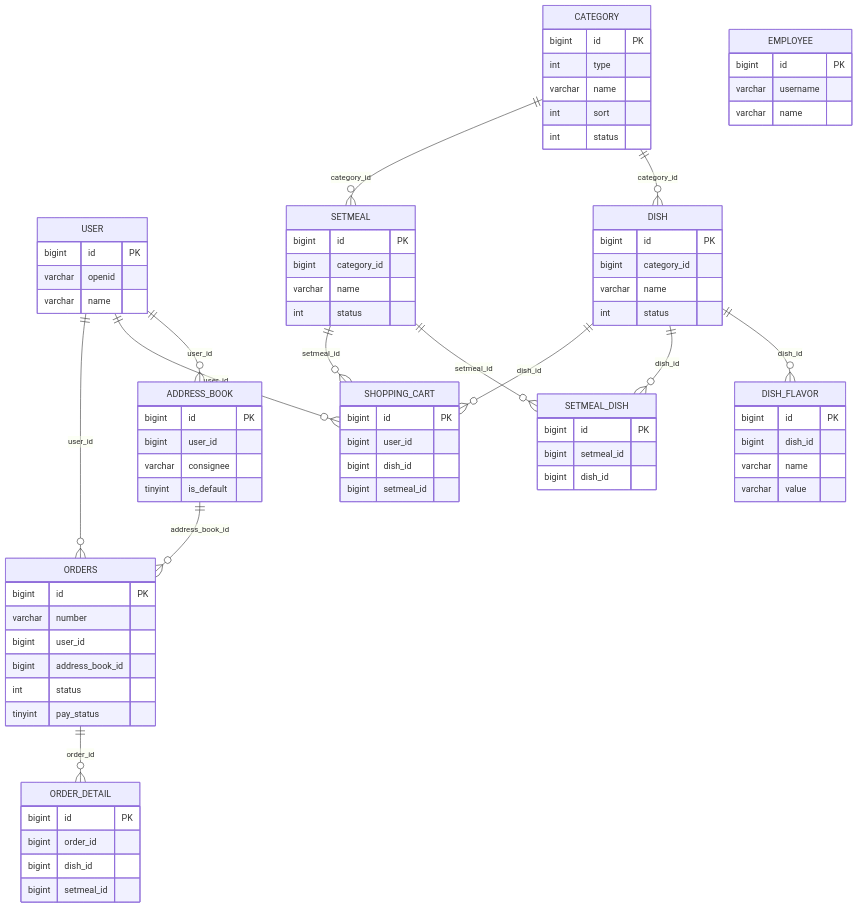
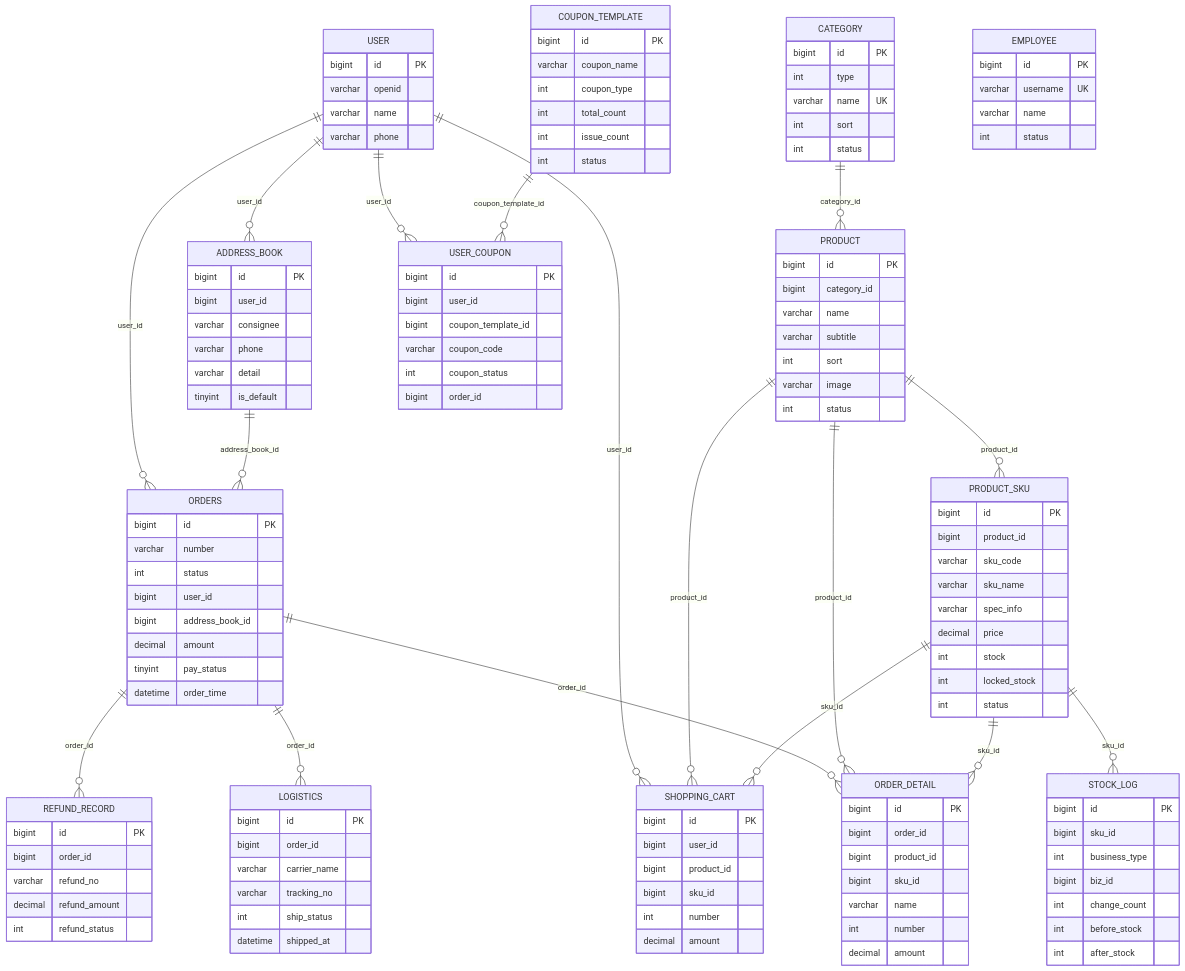
One commit to augrottooo/farm_shop changed the diagram in docs/数据库设计.md. Above: the diagram before and after it, drawn with Mermaid. The commit also changed other lines of this file and 4 other files, not shown here.

Commit message:
更新产品总介绍、核心流程图、界面接口映射、数据库设计、支付链路说明

````diff
--- a/docs/数据库设计.md
+++ b/docs/数据库设计.md
@@ -27,79 +60,131 @@
     USER ||--o{ SHOPPING_CART : user_id
     USER ||--o{ ORDERS : user_id
     ADDRESS_BOOK ||--o{ ORDERS : address_book_id
-    CATEGORY ||--o{ DISH : category_id
-    CATEGORY ||--o{ SETMEAL : category_id
-    DISH ||--o{ DISH_FLAVOR : dish_id
-    DISH ||--o{ SETMEAL_DISH : dish_id
-    SETMEAL ||--o{ SETMEAL_DISH : setmeal_id
+    CATEGORY ||--o{ PRODUCT : category_id
+    PRODUCT ||--o{ PRODUCT_SKU : product_id
+    PRODUCT ||--o{ SHOPPING_CART : product_id
+    PRODUCT_SKU ||--o{ SHOPPING_CART : sku_id
     ORDERS ||--o{ ORDER_DETAIL : order_id
-    DISH ||--o{ SHOPPING_CART : dish_id
-    SETMEAL ||--o{ SHOPPING_CART : setmeal_id
+    PRODUCT ||--o{ ORDER_DETAIL : product_id
+    PRODUCT_SKU ||--o{ ORDER_DETAIL : sku_id
+    PRODUCT_SKU ||--o{ STOCK_LOG : sku_id
+    ORDERS ||--o{ LOGISTICS : order_id
+    ORDERS ||--o{ REFUND_RECORD : order_id
+    USER ||--o{ USER_COUPON : user_id
+    COUPON_TEMPLATE ||--o{ USER_COUPON : coupon_template_id
 
+    EMPLOYEE {
+        bigint id PK
+        varchar username UK
+        varchar name
+        int status
+    }
     USER {
         bigint id PK
         varchar openid
         varchar name
-    }
-    EMPLOYEE {
-        bigint id PK
-        varchar username
-        varchar name
+        varchar phone
     }
     CATEGORY {
         bigint id PK
         int type
-        varchar name
+        varchar name UK
         int sort
         int status
     }
-    DISH {
+    PRODUCT {
         bigint id PK
         bigint category_id
         varchar name
+        varchar subtitle
+        int sort
+        varchar image
         int status
     }
-    DISH_FLAVOR {
+    PRODUCT_SKU {
         bigint id PK
-        bigint dish_id
-        varchar name
-        varchar value
-    }
-    SETMEAL {
-        bigint id PK
-        bigint category_id
-        varchar name
+        bigint product_id
+        varchar sku_code
+        varchar sku_name
+        varchar spec_info
+        decimal price
+        int stock
+        int locked_stock
         int status
-    }
-    SETMEAL_DISH {
-        bigint id PK
-        bigint setmeal_id
-        bigint dish_id
     }
     SHOPPING_CART {
         bigint id PK
         bigint user_id
-        bigint dish_id
-        bigint setmeal_id
+        bigint product_id
+        bigint sku_id
+        int number
+        decimal amount
     }
     ADDRESS_BOOK {
         bigint id PK
         bigint user_id
         varchar consignee
+        varchar phone
+        varchar detail
         tinyint is_default
     }
     ORDERS {
         bigint id PK
         varchar number
+        int status
         bigint user_id
         bigint address_book_id
-        int status
+        decimal amount
         tinyint pay_status
+        datetime order_time
     }
     ORDER_DETAIL {
         bigint id PK
         bigint order_id
-        bigint dish_id
-        bigint setmeal_id
+        bigint product_id
+        bigint sku_id
+        varchar name
+        int number
+        decimal amount
+    }
+    STOCK_LOG {
+        bigint id PK
+        bigint sku_id
+        int business_type
+        bigint biz_id
+        int change_count
+        int before_stock
+        int after_stock
+    }
+    LOGISTICS {
+        bigint id PK
+        bigint order_id
+        varchar carrier_name
+        varchar tracking_no
+        int ship_status
+        datetime shipped_at
+    }
+    COUPON_TEMPLATE {
+        bigint id PK
+        varchar coupon_name
+        int coupon_type
+        int total_count
+        int issue_count
+        int status
+    }
+    USER_COUPON {
+        bigint id PK
+        bigint user_id
+        bigint coupon_template_id
+        varchar coupon_code
+        int coupon_status
+        bigint order_id
+    }
+    REFUND_RECORD {
+        bigint id PK
+        bigint order_id
+        varchar refund_no
+        decimal refund_amount
+        int refund_status
     }
 ```
````
